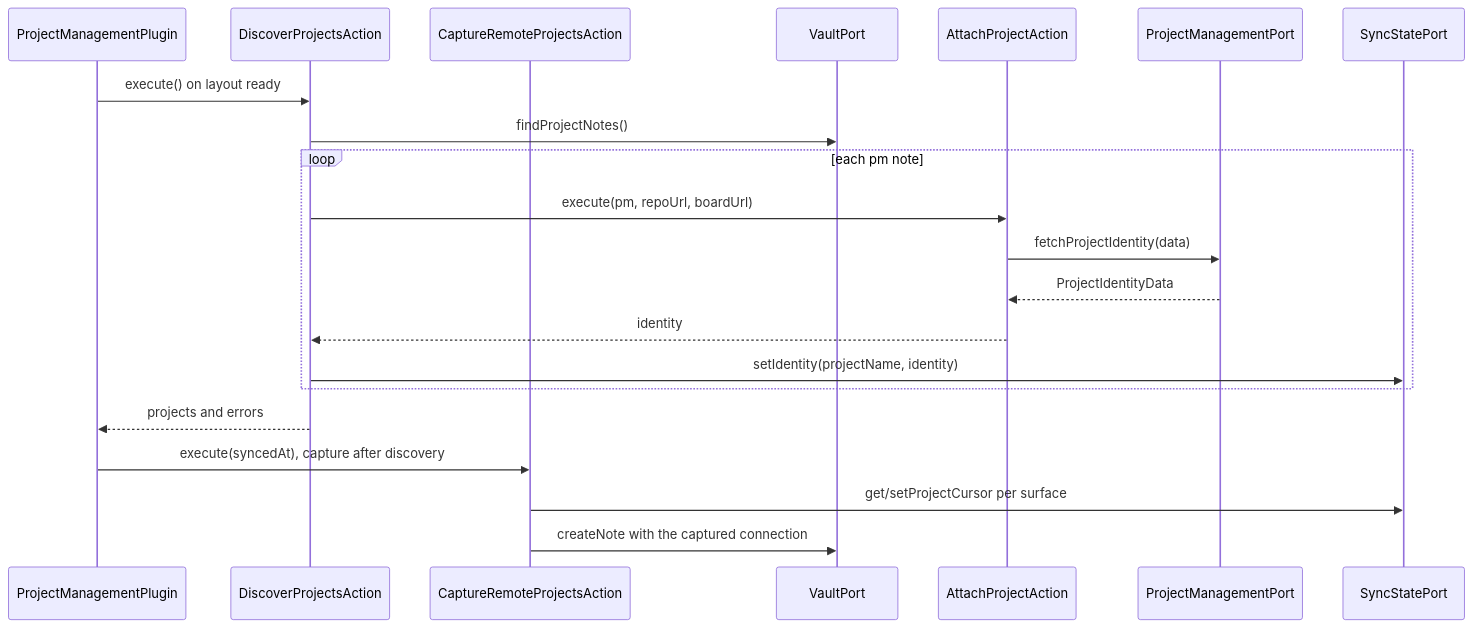
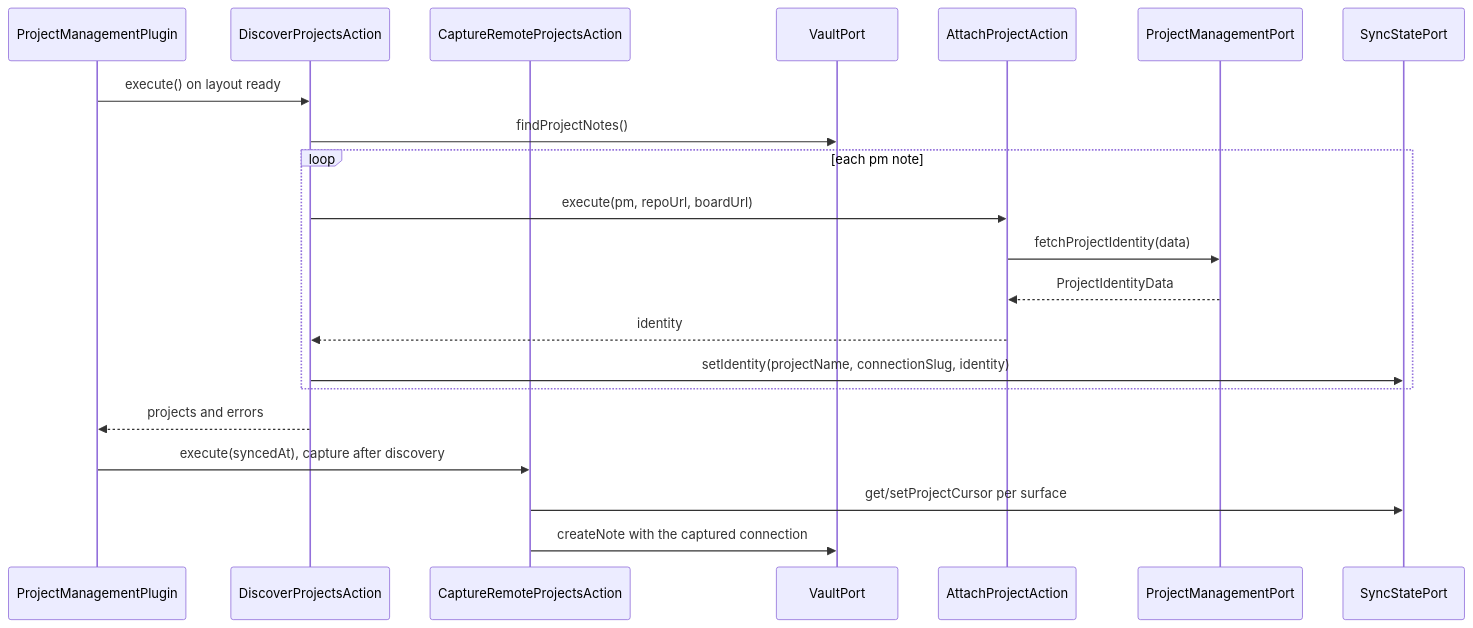
One commit to 99linesofcode/obsidian-project-management changed diagram 24 of 25 in docs/developer-manual.md. Above: the diagram before and after it, drawn with Mermaid. The commit also changed other lines of this file and 52 other files, not shown here.

````diff
--- a/docs/developer-manual.md
+++ b/docs/developer-manual.md
@@ -1017,24 +1013,24 @@
 ```mermaid
 sequenceDiagram
   participant P as ProjectManagementPlugin
   participant D as DiscoverProjectsAction
   participant Cap as CaptureRemoteProjectsAction
   participant V as VaultPort
   participant A as AttachProjectAction
   participant PM as ProjectManagementPort
   participant SS as SyncStatePort
 
   P->>D: execute() on layout ready
   D->>V: findProjectNotes()
   loop each pm note
     D->>A: execute(pm, repoUrl, boardUrl)
     A->>PM: fetchProjectIdentity(data)
     PM-->>A: ProjectIdentityData
     A-->>D: identity
-    D->>SS: setIdentity(projectName, identity)
+    D->>SS: setIdentity(projectName, connectionSlug, identity)
   end
   D-->>P: projects and errors
   P->>Cap: execute(syncedAt), capture after discovery
   Cap->>SS: get/setProjectCursor per surface
   Cap->>V: createNote with the captured connection
 ```
````
